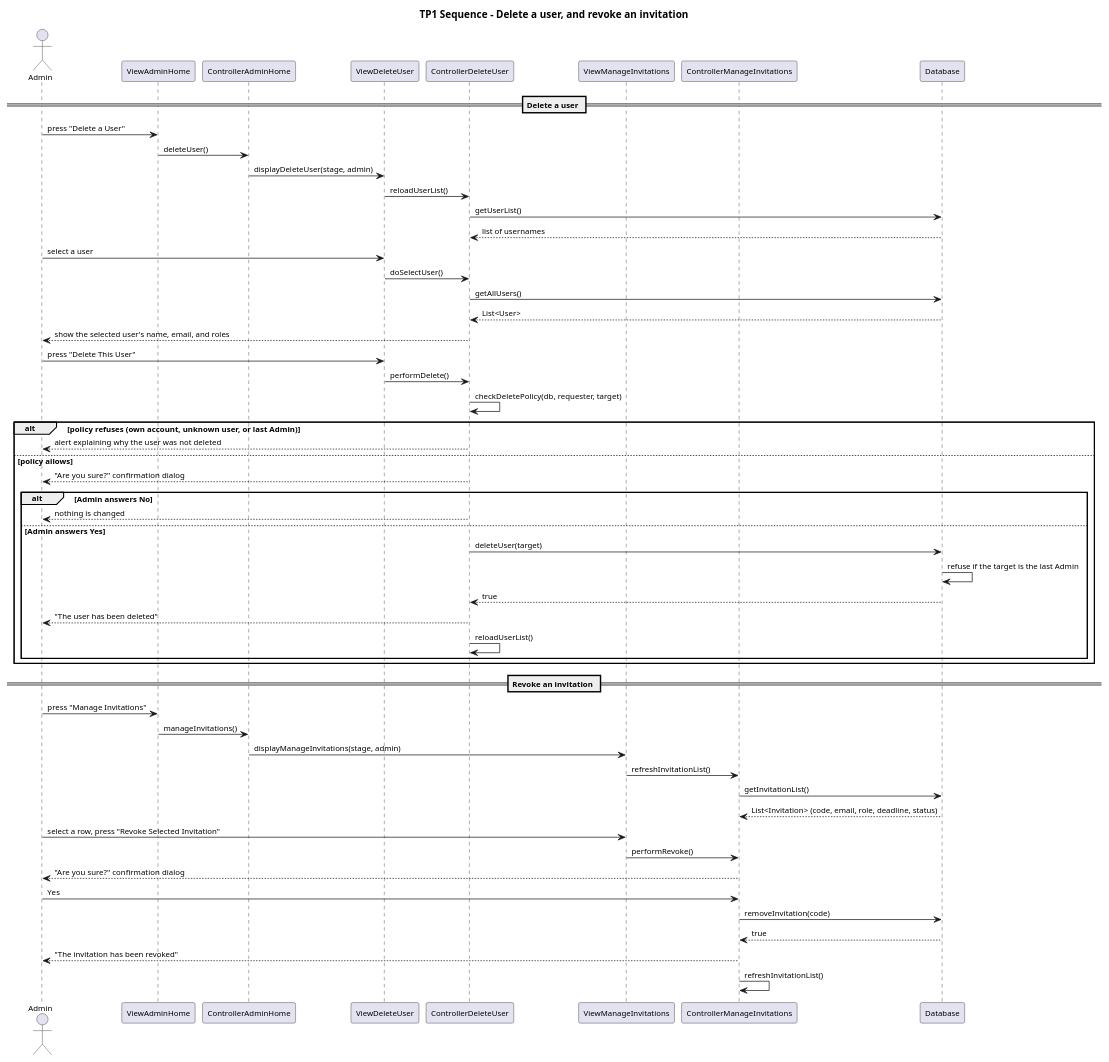
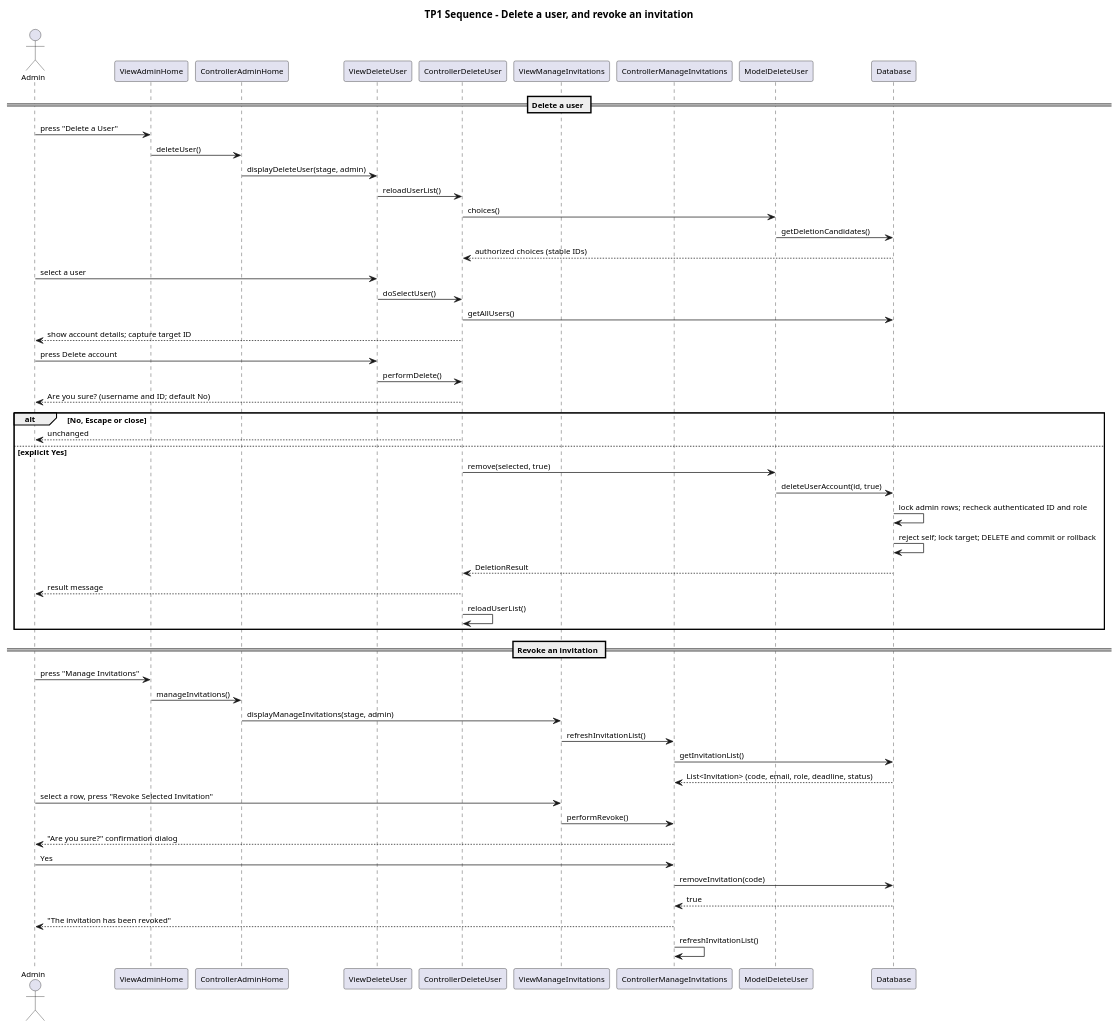
Before and after one commit to adityagupta11-debug/cse360: the diagram in TP1/TP1 Design Documents/UML Sources/04-Sequence-Delete-User-And-Invitations.puml, drawn with PlantUML. The commit also changed 31 other files, not shown here.

Commit message:
Integrate confirmed account deletion, shared UI, and KG documentation

```diff
--- a/TP1/TP1 Design Documents/UML Sources/04-Sequence-Delete-User-And-Invitations.puml
+++ b/TP1/TP1 Design Documents/UML Sources/04-Sequence-Delete-User-And-Invitations.puml
@@ -1,67 +1,66 @@
 @startuml
 ' CSE 360 Team Project - TP1 Sequence Diagram: Delete a User / Manage Invitations
 ' Author: A.G. (agupt545) - Design Documents and Architecture
-' Version 1.00, 2026-09-17
+' Deletion integration: Kanish Garg
+' Version 1.01, 2026-09-17
 
 title TP1 Sequence - Delete a user, and revoke an invitation
 
 skinparam shadowing false
 skinparam defaultFontName Arial
 skinparam defaultFontSize 11
 
 actor Admin
 participant "ViewAdminHome" as VAH
 participant "ControllerAdminHome" as CAH
 participant "ViewDeleteUser" as VDU
 participant "ControllerDeleteUser" as CDU
 participant "ViewManageInvitations" as VMI
 participant "ControllerManageInvitations" as CMI
+participant "ModelDeleteUser" as MDU
 participant "Database" as DB
 
 == Delete a user ==
 Admin -> VAH : press "Delete a User"
 VAH -> CAH : deleteUser()
 CAH -> VDU : displayDeleteUser(stage, admin)
 VDU -> CDU : reloadUserList()
-CDU -> DB : getUserList()
-DB --> CDU : list of usernames
+CDU -> MDU : choices()
+MDU -> DB : getDeletionCandidates()
+DB --> CDU : authorized choices (stable IDs)
 Admin -> VDU : select a user
 VDU -> CDU : doSelectUser()
 CDU -> DB : getAllUsers()
-DB --> CDU : List<User>
-CDU --> Admin : show the selected user's name, email, and roles
-Admin -> VDU : press "Delete This User"
+CDU --> Admin : show account details; capture target ID
+Admin -> VDU : press Delete account
 VDU -> CDU : performDelete()
-CDU -> CDU : checkDeletePolicy(db, requester, target)
-alt policy refuses (own account, unknown user, or last Admin)
-  CDU --> Admin : alert explaining why the user was not deleted
-else policy allows
-  CDU --> Admin : "Are you sure?" confirmation dialog
-  alt Admin answers No
-    CDU --> Admin : nothing is changed
-  else Admin answers Yes
-    CDU -> DB : deleteUser(target)
-    DB -> DB : refuse if the target is the last Admin
-    DB --> CDU : true
-    CDU --> Admin : "The user has been deleted"
-    CDU -> CDU : reloadUserList()
-  end
+CDU --> Admin : Are you sure? (username and ID; default No)
+alt No, Escape or close
+  CDU --> Admin : unchanged
+else explicit Yes
+  CDU -> MDU : remove(selected, true)
+  MDU -> DB : deleteUserAccount(id, true)
+  DB -> DB : lock admin rows; recheck authenticated ID and role
+  DB -> DB : reject self; lock target; DELETE and commit or rollback
+  DB --> CDU : DeletionResult
+  CDU --> Admin : result message
+  CDU -> CDU : reloadUserList()
 end
 
 == Revoke an invitation ==
 Admin -> VAH : press "Manage Invitations"
 VAH -> CAH : manageInvitations()
 CAH -> VMI : displayManageInvitations(stage, admin)
 VMI -> CMI : refreshInvitationList()
 CMI -> DB : getInvitationList()
 DB --> CMI : List<Invitation> (code, email, role, deadline, status)
 Admin -> VMI : select a row, press "Revoke Selected Invitation"
 VMI -> CMI : performRevoke()
 CMI --> Admin : "Are you sure?" confirmation dialog
 Admin -> CMI : Yes
 CMI -> DB : removeInvitation(code)
 DB --> CMI : true
 CMI --> Admin : "The invitation has been revoked"
 CMI -> CMI : refreshInvitationList()
 
 @enduml
```
